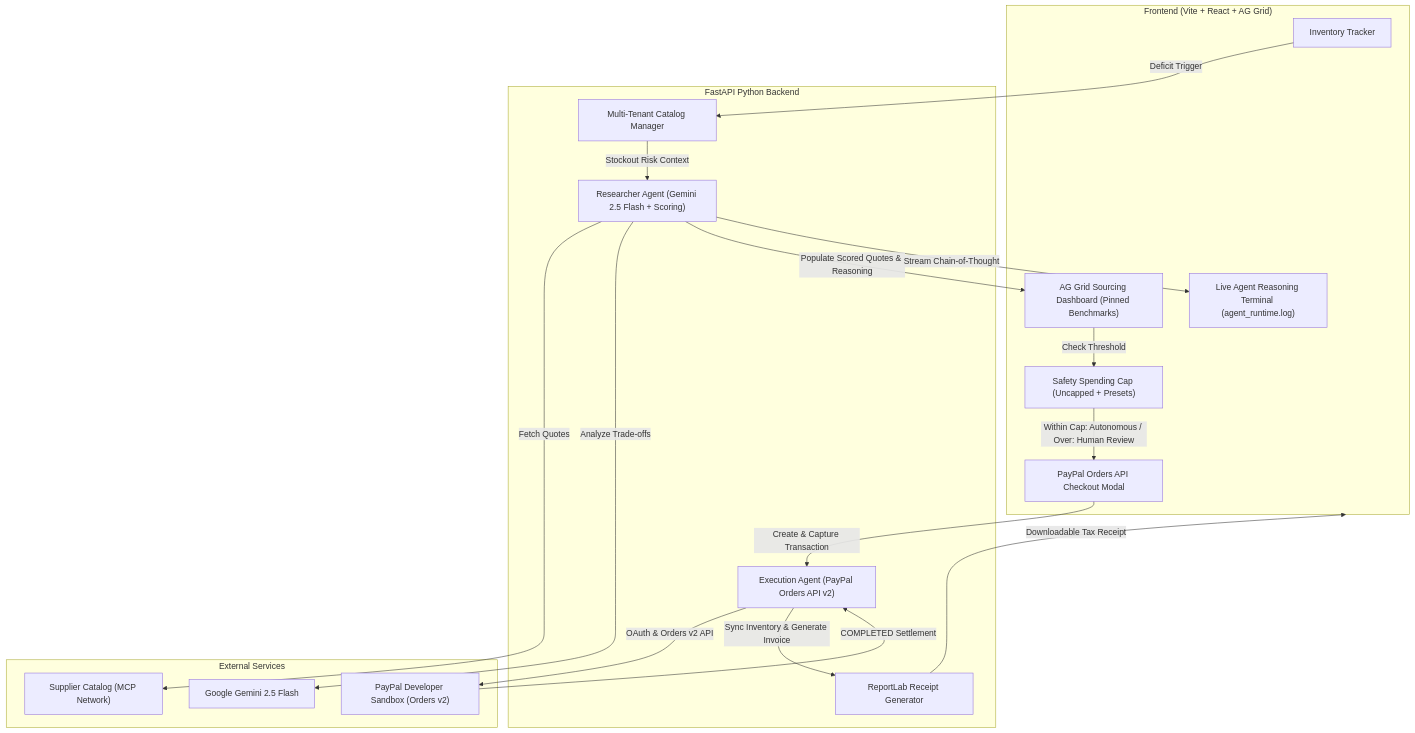
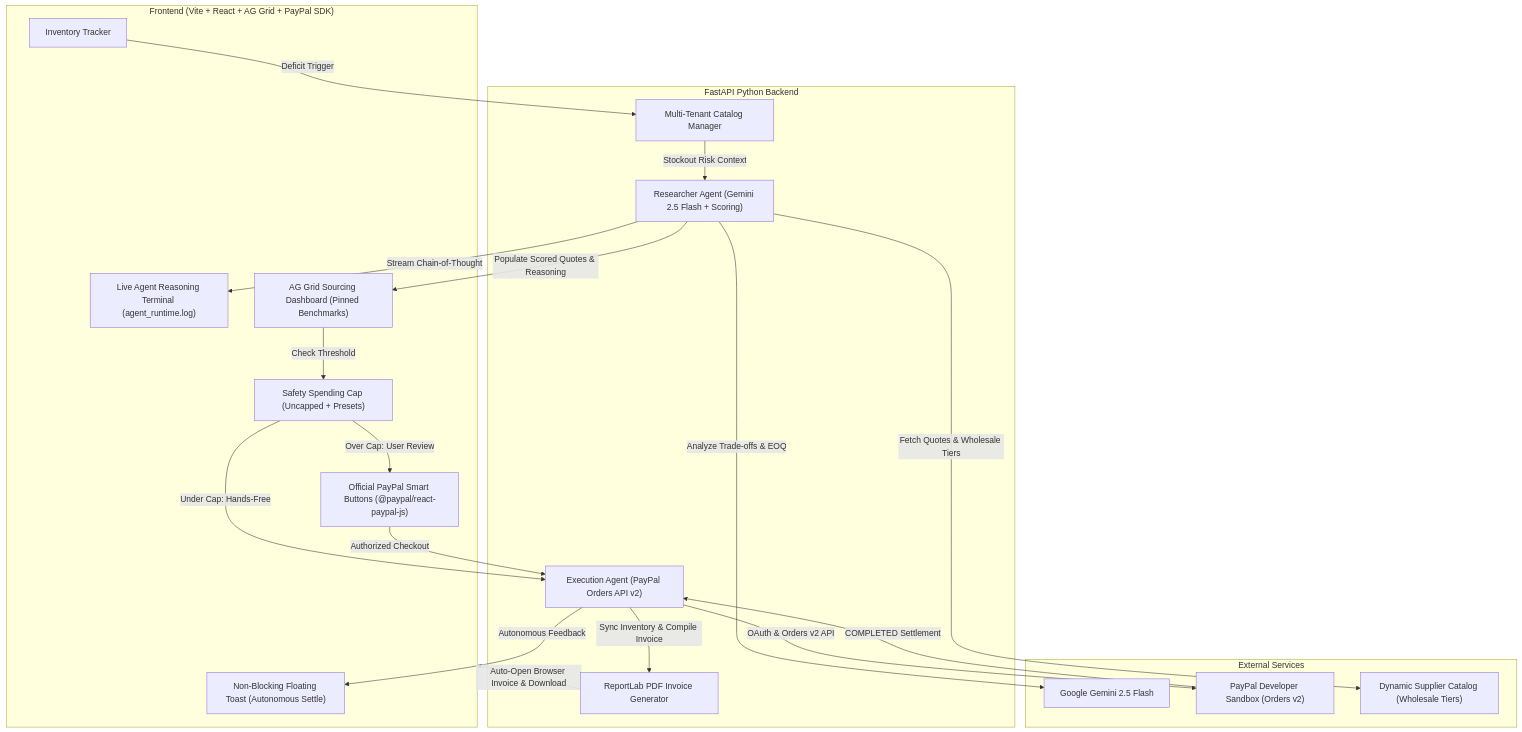
Before and after one commit to Anvi-g/restock.ai: the diagram in README.md, drawn with Mermaid. The commit also changed other lines of this file and 1 other file, not shown here.

````diff
--- a/README.md
+++ b/README.md
@@ -26,37 +32,40 @@
 ```mermaid
 flowchart TD
-    subgraph UI ["Frontend (Vite + React + AG Grid)"]
+    subgraph UI ["Frontend (Vite + React + AG Grid + PayPal SDK)"]
         TrackedItem["Inventory Tracker"]
         Grid["AG Grid Sourcing Dashboard (Pinned Benchmarks)"]
         Guardrail["Safety Spending Cap (Uncapped + Presets)"]
         Terminal["Live Agent Reasoning Terminal (agent_runtime.log)"]
-        PayPalModal["PayPal Orders API Checkout Modal"]
+        PayPalSDK["Official PayPal Smart Buttons (@paypal/react-paypal-js)"]
+        ToastNotify["Non-Blocking Floating Toast (Autonomous Settle)"]
     end
 
     subgraph Backend ["FastAPI Python Backend"]
         InventoryMgr["Multi-Tenant Catalog Manager"]
         ResearcherAgent["Researcher Agent (Gemini 2.5 Flash + Scoring)"]
         ExecutionAgent["Execution Agent (PayPal Orders API v2)"]
-        PDFGen["ReportLab Receipt Generator"]
+        PDFGen["ReportLab PDF Invoice Generator"]
     end
 
     subgraph External ["External Services"]
         GeminiAPI["Google Gemini 2.5 Flash"]
         PayPalAPI["PayPal Developer Sandbox (Orders v2)"]
-        Suppliers["Supplier Catalog (MCP Network)"]
+        Suppliers["Dynamic Supplier Catalog (Wholesale Tiers)"]
     end
 
     TrackedItem -->|Deficit Trigger| InventoryMgr
     InventoryMgr -->|Stockout Risk Context| ResearcherAgent
-    ResearcherAgent -->|Fetch Quotes| Suppliers
-    ResearcherAgent -->|Analyze Trade-offs| GeminiAPI
+    ResearcherAgent -->|Fetch Quotes & Wholesale Tiers| Suppliers
+    ResearcherAgent -->|Analyze Trade-offs & EOQ| GeminiAPI
     ResearcherAgent -->|Populate Scored Quotes & Reasoning| Grid
     ResearcherAgent -->|Stream Chain-of-Thought| Terminal
     Grid -->|Check Threshold| Guardrail
-    Guardrail -->|Within Cap: Autonomous / Over: Human Review| PayPalModal
-    PayPalModal -->|Create & Capture Transaction| ExecutionAgent
+    Guardrail -->|Under Cap: Hands-Free| ExecutionAgent
+    Guardrail -->|Over Cap: User Review| PayPalSDK
+    PayPalSDK -->|Authorized Checkout| ExecutionAgent
     ExecutionAgent -->|OAuth & Orders v2 API| PayPalAPI
     PayPalAPI -->|COMPLETED Settlement| ExecutionAgent
-    ExecutionAgent -->|Sync Inventory & Generate Invoice| PDFGen
-    PDFGen -->|Downloadable Tax Receipt| UI
+    ExecutionAgent -->|Autonomous Feedback| ToastNotify
+    ExecutionAgent -->|Sync Inventory & Compile Invoice| PDFGen
+    PDFGen -->|Auto-Open Browser Invoice & Download| UI
 ```
````
